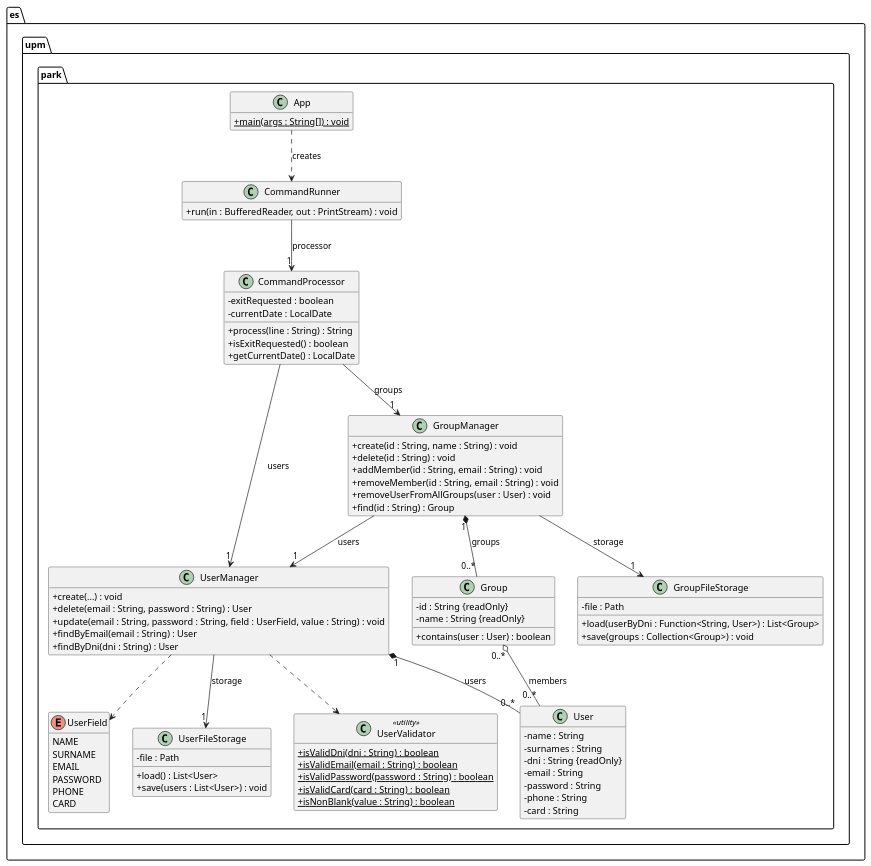
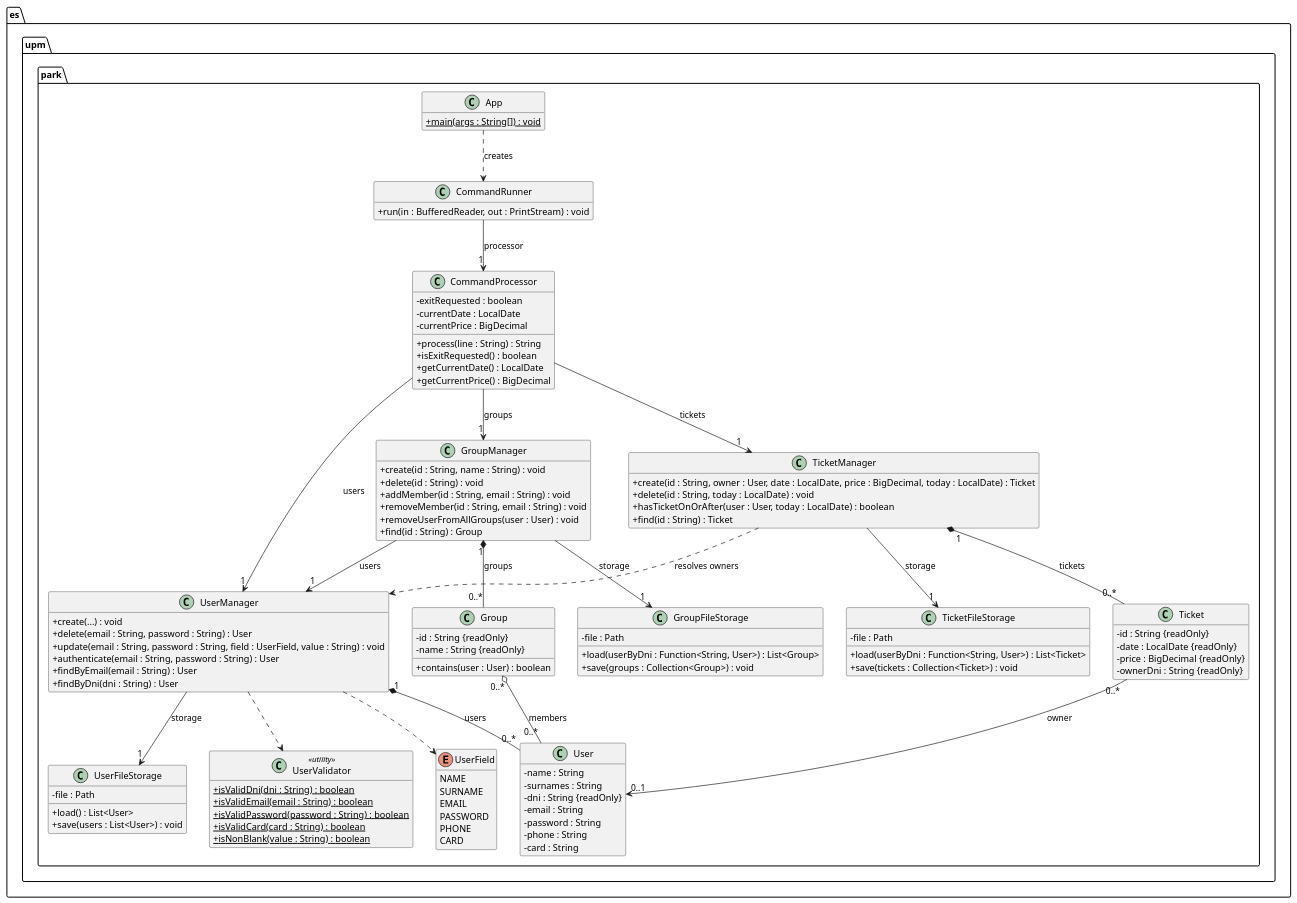
One commit to skai-upm/caise27 changed the diagram in docs/uml/model.puml. Above: the diagram before and after it, drawn with PlantUML. The commit also changed 28 other files, not shown here.

```diff
--- a/docs/uml/model.puml
+++ b/docs/uml/model.puml
@@ -1,99 +1,127 @@
 @startuml model
 ' Class model of the amusement-park application (package es.upm.park)
 skinparam classAttributeIconSize 0
 hide empty members
 
 package es.upm.park {
 
   class App {
     {static} +main(args : String[]) : void
   }
 
   class CommandRunner {
     +run(in : BufferedReader, out : PrintStream) : void
   }
 
   class CommandProcessor {
     -exitRequested : boolean
     -currentDate : LocalDate
+    -currentPrice : BigDecimal
     +process(line : String) : String
     +isExitRequested() : boolean
     +getCurrentDate() : LocalDate
+    +getCurrentPrice() : BigDecimal
   }
 
   class UserManager {
     +create(...) : void
     +delete(email : String, password : String) : User
     +update(email : String, password : String, field : UserField, value : String) : void
+    +authenticate(email : String, password : String) : User
     +findByEmail(email : String) : User
     +findByDni(dni : String) : User
   }
 
   class UserFileStorage {
     -file : Path
     +load() : List<User>
     +save(users : List<User>) : void
   }
 
   class UserValidator <<utility>> {
     {static} +isValidDni(dni : String) : boolean
     {static} +isValidEmail(email : String) : boolean
     {static} +isValidPassword(password : String) : boolean
     {static} +isValidCard(card : String) : boolean
     {static} +isNonBlank(value : String) : boolean
   }
 
   class User {
     -name : String
     -surnames : String
     -dni : String {readOnly}
     -email : String
     -password : String
     -phone : String
     -card : String
   }
 
   enum UserField {
     NAME
     SURNAME
     EMAIL
     PASSWORD
     PHONE
     CARD
   }
 
   class GroupManager {
     +create(id : String, name : String) : void
     +delete(id : String) : void
     +addMember(id : String, email : String) : void
     +removeMember(id : String, email : String) : void
     +removeUserFromAllGroups(user : User) : void
     +find(id : String) : Group
   }
 
   class GroupFileStorage {
     -file : Path
     +load(userByDni : Function<String, User>) : List<Group>
     +save(groups : Collection<Group>) : void
   }
 
   class Group {
     -id : String {readOnly}
     -name : String {readOnly}
     +contains(user : User) : boolean
   }
+
+  class TicketManager {
+    +create(id : String, owner : User, date : LocalDate, price : BigDecimal, today : LocalDate) : Ticket
+    +delete(id : String, today : LocalDate) : void
+    +hasTicketOnOrAfter(user : User, today : LocalDate) : boolean
+    +find(id : String) : Ticket
+  }
+
+  class TicketFileStorage {
+    -file : Path
+    +load(userByDni : Function<String, User>) : List<Ticket>
+    +save(tickets : Collection<Ticket>) : void
+  }
+
+  class Ticket {
+    -id : String {readOnly}
+    -date : LocalDate {readOnly}
+    -price : BigDecimal {readOnly}
+    -ownerDni : String {readOnly}
+  }
 }
 
 App ..> CommandRunner : creates
 CommandRunner --> "1" CommandProcessor : processor
 CommandProcessor --> "1" UserManager : users
 CommandProcessor --> "1" GroupManager : groups
 UserManager --> "1" UserFileStorage : storage
 UserManager "1" *-- "0..*" User : users
 UserManager ..> UserValidator
 UserManager ..> UserField
 GroupManager --> "1" GroupFileStorage : storage
 GroupManager --> "1" UserManager : users
 GroupManager "1" *-- "0..*" Group : groups
 Group "0..*" o-- "0..*" User : members
+CommandProcessor --> "1" TicketManager : tickets
+TicketManager --> "1" TicketFileStorage : storage
+TicketManager "1" *-- "0..*" Ticket : tickets
+TicketManager ..> UserManager : resolves owners
+Ticket "0..*" --> "0..1" User : owner
 @enduml
```
